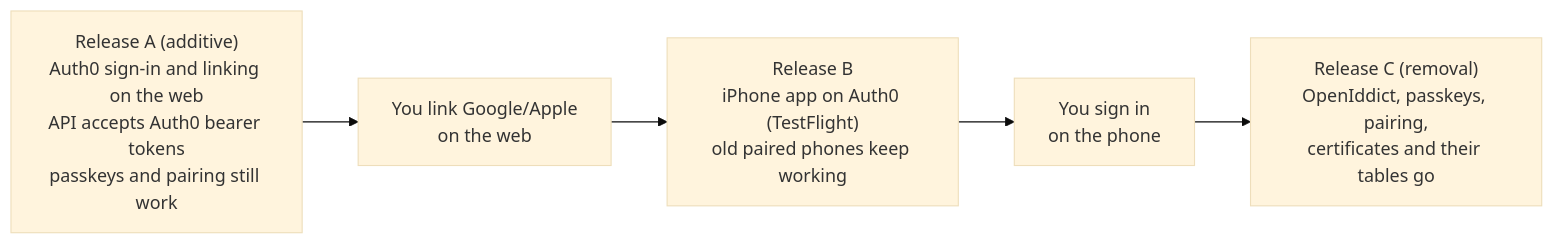
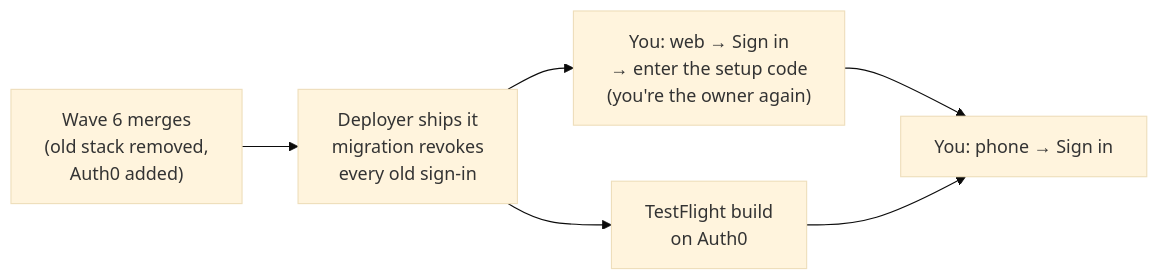
The third of 3 diagrams in docs/14-auth0-migration.md (coryfinnegan/CollectionMaxxing), drawn with Mermaid (base theme) before and after one commit. The commit also changed other lines of this file and 1 other file, not shown here.

First line of the commit message:
Make the Auth0 plan a single clean cutover

````diff
--- a/docs/14-auth0-migration.md
+++ b/docs/14-auth0-migration.md
@@ -177,7 +183,8 @@
 ```mermaid
 flowchart LR
-  A["Release A (additive)<br/>Auth0 sign-in and linking on the web<br/>API accepts Auth0 bearer tokens<br/>passkeys and pairing still work"] --> L["You link Google/Apple<br/>on the web"]
-  L --> B["Release B<br/>iPhone app on Auth0 (TestFlight)<br/>old paired phones keep working"]
-  B --> S["You sign in<br/>on the phone"]
-  S --> C["Release C (removal)<br/>OpenIddict, passkeys, pairing,<br/>certificates and their tables go"]
+  M["Wave 6 merges<br/>(old stack removed,<br/>Auth0 added)"] --> D["Deployer ships it<br/>migration revokes<br/>every old sign-in"]
+  D --> W["You: web → Sign in<br/>→ enter the setup code<br/>(you're the owner again)"]
+  D --> T["TestFlight build<br/>on Auth0"]
+  W --> P["You: phone → Sign in"]
+  T --> P
 ```
````
